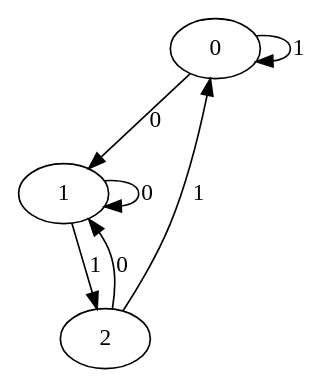
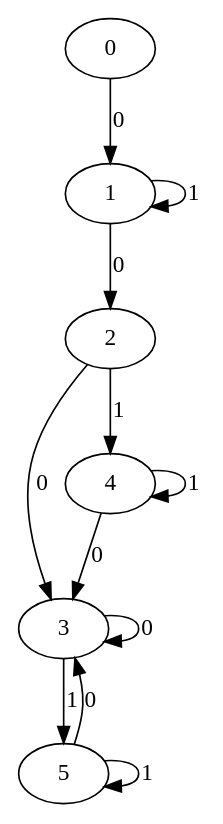
The diagram in Lab2/Lab2/test.dot (lezhnina-anna/TAiFA), drawn with Graphviz before and after one commit. The commit also changed 8 other files, not shown here.

```diff
--- a/Lab2/Lab2/test.dot
+++ b/Lab2/Lab2/test.dot
@@ -1,11 +1,19 @@
 digraph G {
 0;
 1;
 2;
+3;
+4;
+5;
 0->1  [label=0, weight=0];
-0->0  [label=1, weight=1];
-1->1  [label=0, weight=0];
-1->2  [label=1, weight=1];
-2->1  [label=0, weight=0];
-2->0  [label=1, weight=1];
+1->2  [label=0, weight=0];
+1->1  [label=1, weight=1];
+2->3  [label=0, weight=0];
+2->4  [label=1, weight=1];
+3->3  [label=0, weight=0];
+3->5  [label=1, weight=1];
+4->3  [label=0, weight=0];
+4->4  [label=1, weight=1];
+5->3  [label=0, weight=0];
+5->5  [label=1, weight=1];
 }
```
